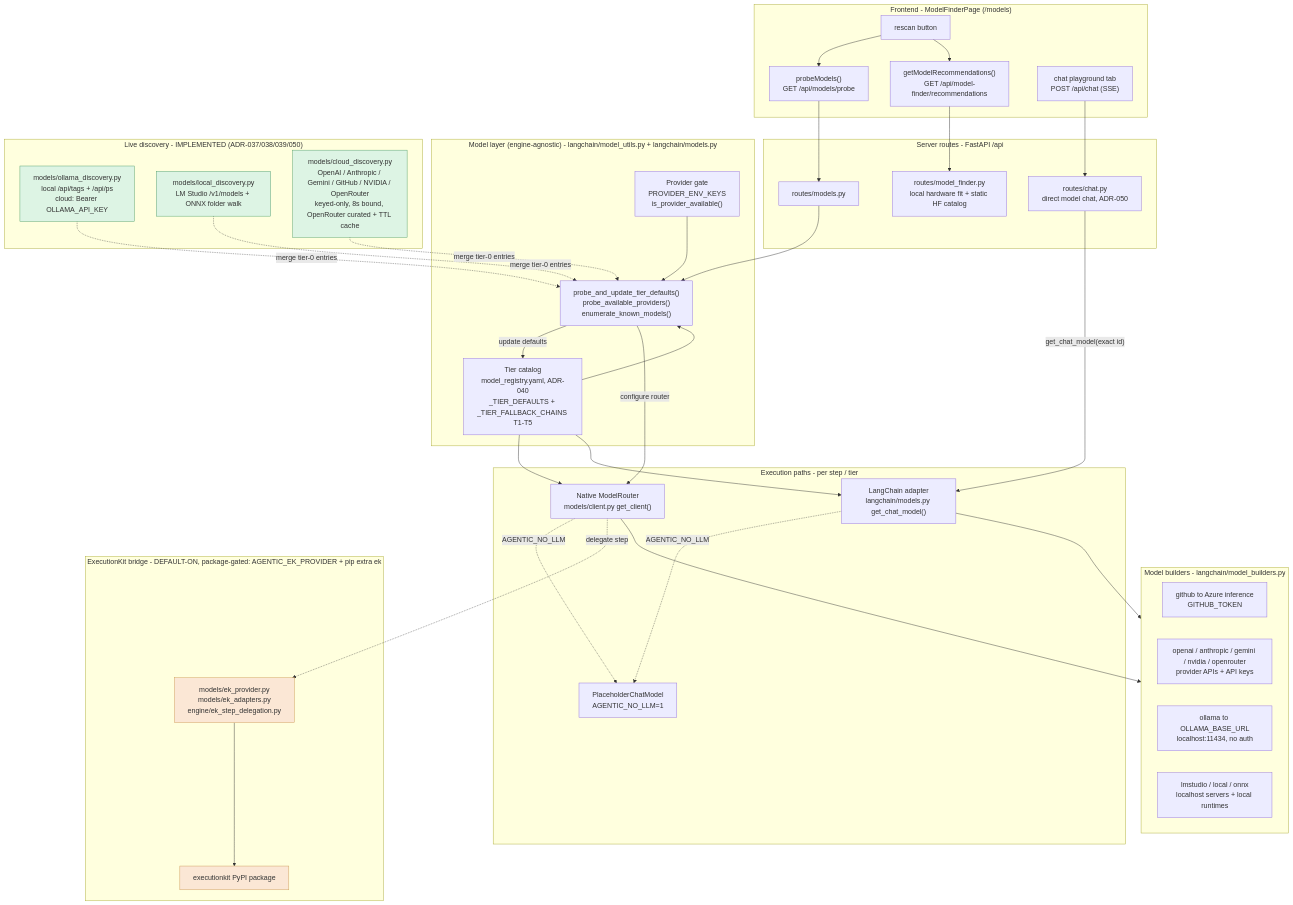
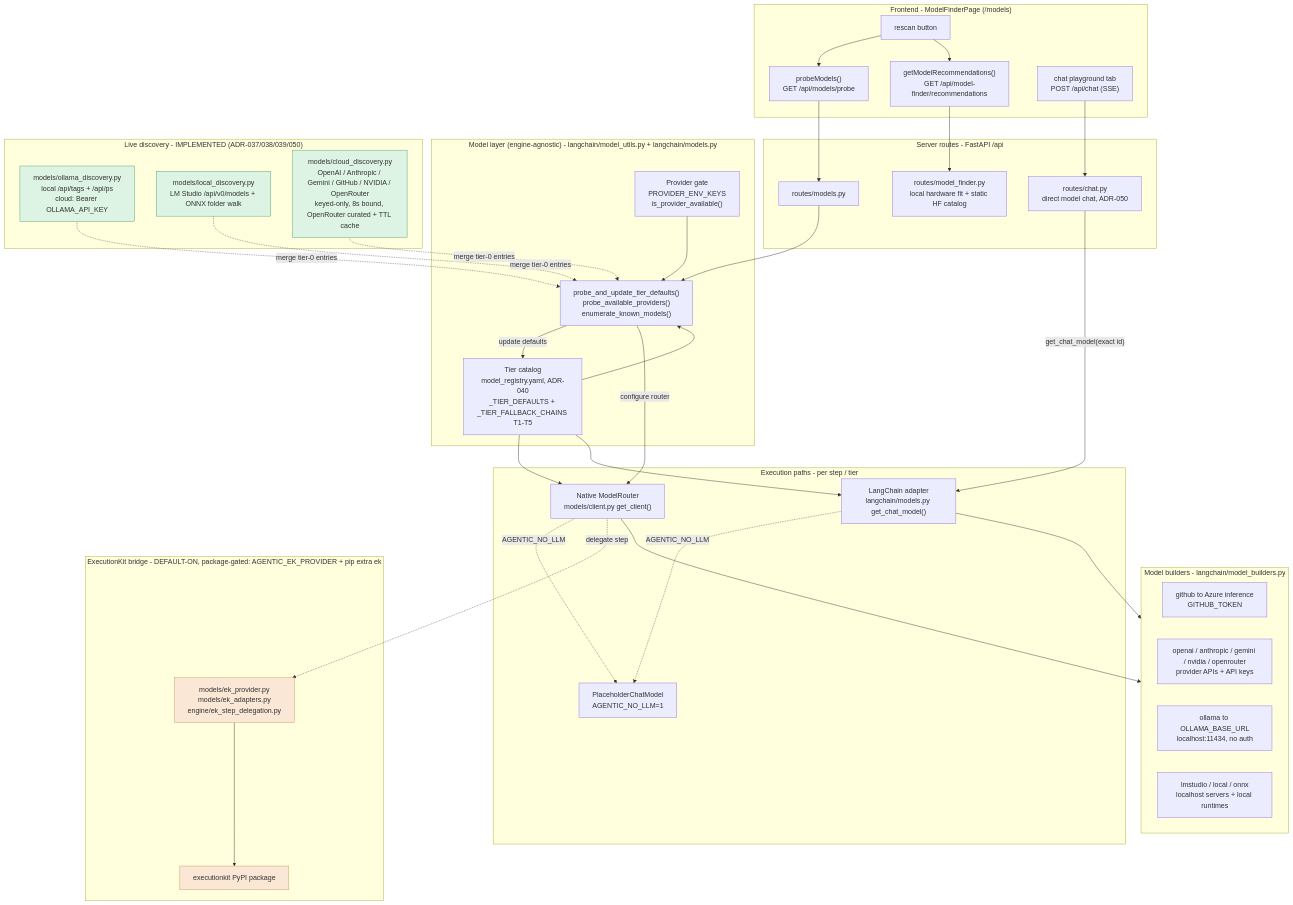
One commit to tafreeman/agentic-runtime-platform changed the first of 2 diagrams in agentic-workflows-v2/docs/MODEL_LAYER.md. Above: the diagram before and after it, drawn with Mermaid. The commit also changed other lines of this file, not shown here.

First line of the commit message:
docs(models): address #190 review - LM Studio endpoint + drift sweep

````diff
--- a/agentic-workflows-v2/docs/MODEL_LAYER.md
+++ b/agentic-workflows-v2/docs/MODEL_LAYER.md
@@ -42,65 +42,65 @@
 ```mermaid
 flowchart TD
   subgraph UI["Frontend - ModelFinderPage (/models)"]
     RESCAN["rescan button"]
     PM["probeModels()<br/>GET /api/models/probe"]
     GR["getModelRecommendations()<br/>GET /api/model-finder/recommendations"]
     PLAY["chat playground tab<br/>POST /api/chat (SSE)"]
   end
   RESCAN --> PM
   RESCAN --> GR
   subgraph ROUTES["Server routes - FastAPI /api"]
     RP["routes/models.py"]
     RF["routes/model_finder.py<br/>local hardware fit + static HF catalog"]
     RC["routes/chat.py<br/>direct model chat, ADR-050"]
   end
   PM --> RP
   GR --> RF
   PLAY --> RC
   subgraph MODEL["Model layer (engine-agnostic) - langchain/model_utils.py + langchain/models.py"]
     GATE["Provider gate<br/>PROVIDER_ENV_KEYS<br/>is_provider_available()"]
     TIERS["Tier catalog<br/>model_registry.yaml, ADR-040<br/>_TIER_DEFAULTS + _TIER_FALLBACK_CHAINS T1-T5"]
     PROBE["probe_and_update_tier_defaults()<br/>probe_available_providers()<br/>enumerate_known_models()"]
   end
   RP --> PROBE
   GATE --> PROBE
   TIERS --> PROBE
   PROBE -->|update defaults| TIERS
   subgraph DISC["Live discovery - IMPLEMENTED (ADR-037/038/039/050)"]
     OD["models/ollama_discovery.py<br/>local /api/tags + /api/ps<br/>cloud: Bearer OLLAMA_API_KEY"]
-    LD["models/local_discovery.py<br/>LM Studio /v1/models + ONNX folder walk"]
+    LD["models/local_discovery.py<br/>LM Studio /api/v0/models + ONNX folder walk"]
     CD["models/cloud_discovery.py<br/>OpenAI / Anthropic / Gemini / GitHub / NVIDIA / OpenRouter<br/>keyed-only, 8s bound, OpenRouter curated + TTL cache"]
   end
   OD -.->|merge tier-0 entries| PROBE
   LD -.->|merge tier-0 entries| PROBE
   CD -.->|merge tier-0 entries| PROBE
   subgraph EXEC["Execution paths - per step / tier"]
     NR["Native ModelRouter<br/>models/client.py get_client()"]
     LC["LangChain adapter<br/>langchain/models.py get_chat_model()"]
     PH["PlaceholderChatModel<br/>AGENTIC_NO_LLM=1"]
   end
   PROBE -->|configure router| NR
   TIERS --> NR
   TIERS --> LC
   RC -->|"get_chat_model(exact id)"| LC
   NR -.->|AGENTIC_NO_LLM| PH
   LC -.->|AGENTIC_NO_LLM| PH
   subgraph EK["ExecutionKit bridge - DEFAULT-ON, package-gated: AGENTIC_EK_PROVIDER + pip extra ek"]
     EKP["models/ek_provider.py<br/>models/ek_adapters.py<br/>engine/ek_step_delegation.py"]
     PKG["executionkit PyPI package"]
   end
   NR -.->|delegate step| EKP
   EKP --> PKG
   subgraph BUILD["Model builders - langchain/model_builders.py"]
     B1["github to Azure inference<br/>GITHUB_TOKEN"]
     B2["openai / anthropic / gemini / nvidia / openrouter<br/>provider APIs + API keys"]
     B3["ollama to OLLAMA_BASE_URL<br/>localhost:11434, no auth"]
     B4["lmstudio / local / onnx<br/>localhost servers + local runtimes"]
   end
   LC --> BUILD
   NR --> BUILD
   classDef ek fill:#fbe7d5,stroke:#cc9a55;
   classDef disc fill:#ddf4e4,stroke:#4f9d69;
   class EKP,PKG ek;
   class OD,LD,CD disc;
 ```
````
